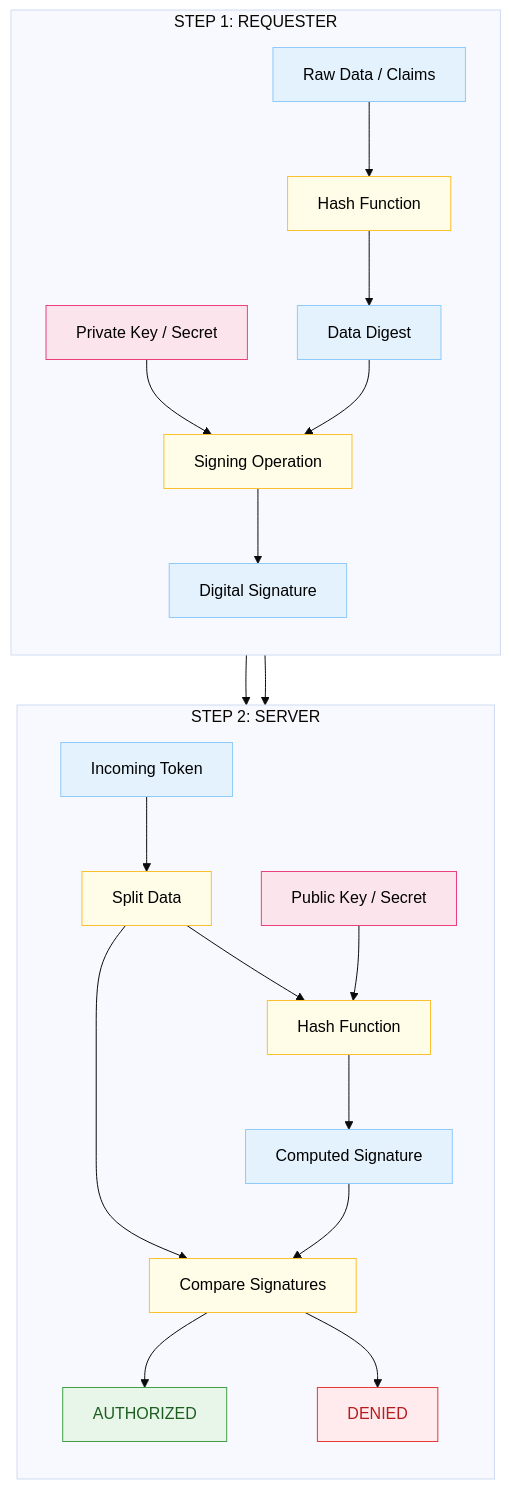
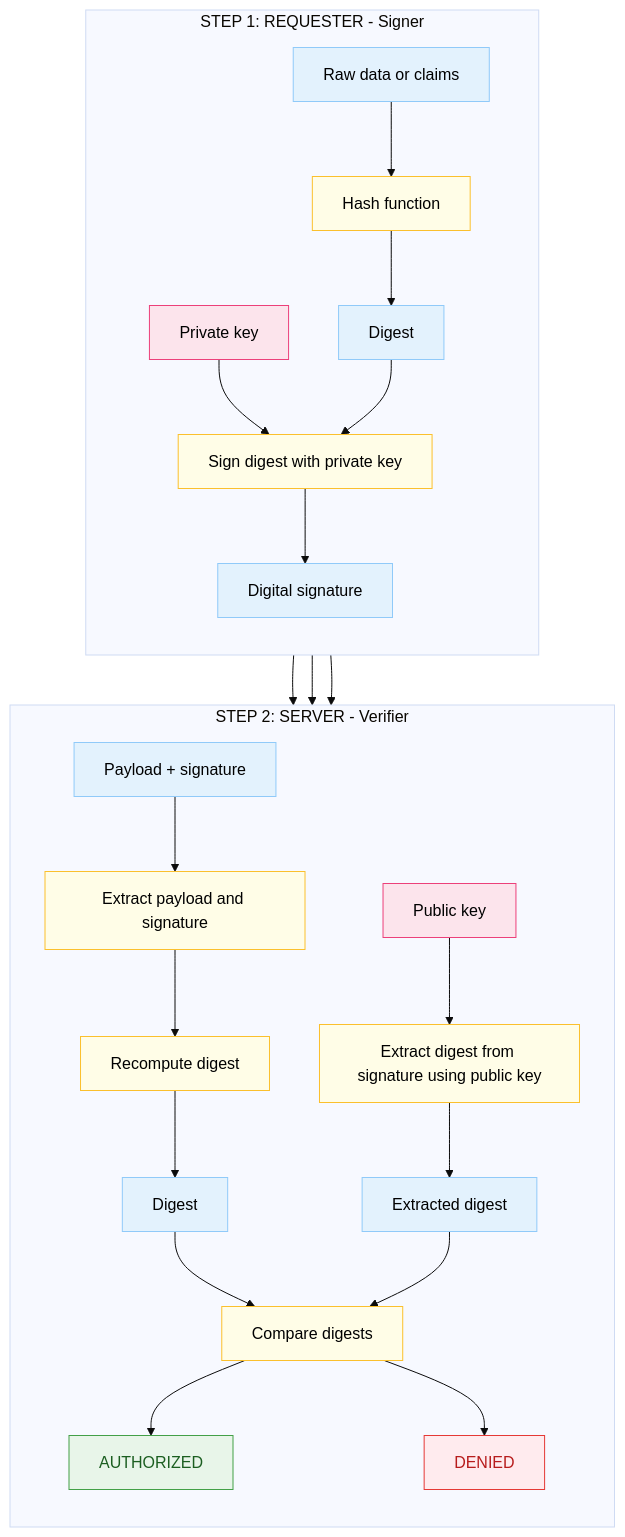
One commit to PrashantMudhiraj/AuthN_AuthZ changed the second of 10 diagrams in Security/AuthN_AuthZ.md. Above: the diagram before and after it, drawn with Mermaid. The commit also changed other lines of this file, not shown here.

Commit message:
flow correct (Digital signature)

````diff
--- a/Security/AuthN_AuthZ.md
+++ b/Security/AuthN_AuthZ.md
@@ -505,44 +507,35 @@
 ```mermaid
 %%{ init: { "theme": "base" } }%%
 graph TD
+  classDef data fill:#e3f2fd,stroke:#90caf9,color:#000;
+  classDef process fill:#fffde7,stroke:#fbc02d,color:#000;
+  classDef key fill:#fce4ec,stroke:#ec407a,color:#000;
+  classDef success fill:#e8f5e9,stroke:#43a047,color:#1b5e20;
+  classDef failure fill:#ffebee,stroke:#e53935,color:#b71c1c;
 
-    %% --- Color Definitions (Simple & Semantic) ---
-    classDef data fill:#e3f2fd,stroke:#90caf9,color:#000;
-    classDef process fill:#fffde7,stroke:#fbc02d,color:#000;
-    classDef key fill:#fce4ec,stroke:#ec407a,color:#000;
-    classDef success fill:#e8f5e9,stroke:#43a047,color:#1b5e20;
-    classDef failure fill:#ffebee,stroke:#e53935,color:#b71c1c;
+  subgraph REQUESTER["STEP 1: REQUESTER - Signer"]
+    direction TB
+    Payload[Raw data or claims]:::data --> Hash1[Hash function]:::process
+    Hash1 --> Digest1[Digest]:::data
+    PrivateKey[Private key]:::key --> Sign[Sign digest with private key]:::process
+    Digest1 --> Sign
+    Sign --> Signature[Digital signature]:::data
+  end
 
-    %% --- SENDER / REQUESTER PROCESS ---
-    subgraph REQUESTER["STEP 1: REQUESTER"]
-        direction TB
-        Payload[Raw Data / Claims]:::data --> Hash1[Hash Function]:::process
-        Hash1 --> Digest1[Data Digest]:::data
+  Signature --> Outgoing[Payload + signature]:::data
+  Payload --> Outgoing
 
-        Secret1[Private Key / Secret]:::key --> Sign[Signing Operation]:::process
-        Digest1 --> Sign
-
-        Sign --> Signature[Digital Signature]:::data
-    end
-
-    %% --- TRANSMISSION ---
-    Signature --> Incoming[Incoming Token]:::data
-    Payload --> Incoming
-
-    %% --- RECIPIENT / SERVER PROCESS ---
-    subgraph SERVER["STEP 2: SERVER"]
-        direction TB
-        Incoming --> Split[Split Data]:::process
-
-        Split --> Recalculate[Hash Function]:::process
-        Key2[Public Key / Secret]:::key --> Recalculate
-        Recalculate --> ComputedSig[Computed Signature]:::data
-
-        Split --> Compare[Compare Signatures]:::process
-        ComputedSig --> Compare
-
+  subgraph SERVER["STEP 2: SERVER - Verifier"]
+    direction TB
+    Outgoing --> Split[Extract payload and signature]:::process
+    Split --> Recalc[Recompute digest]:::process
+        Recalc --> Digest2[Digest]:::data
+        PublicKey[Public key]:::key --> Extract[Extract digest from signature using public key]:::process
+        Signature --> Extract
+        Extract --> ExtractedDigest[Extracted digest]:::data
+        Digest2 --> Compare[Compare digests]:::process
+        ExtractedDigest --> Compare
         Compare --> OK[AUTHORIZED]:::success
         Compare --> ERR[DENIED]:::failure
-    end
-
+  end
 ```
````
